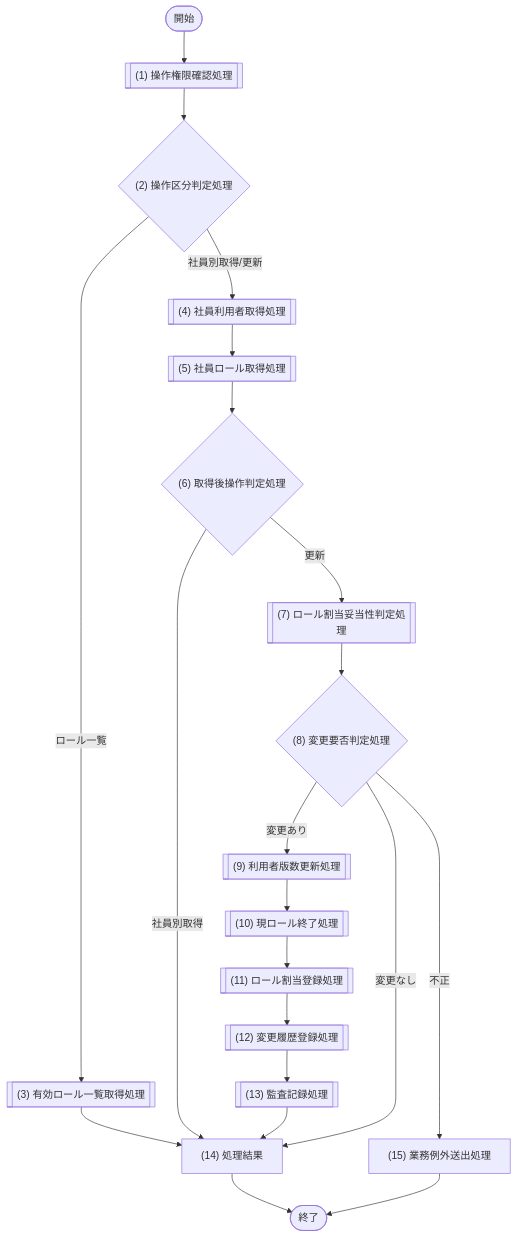
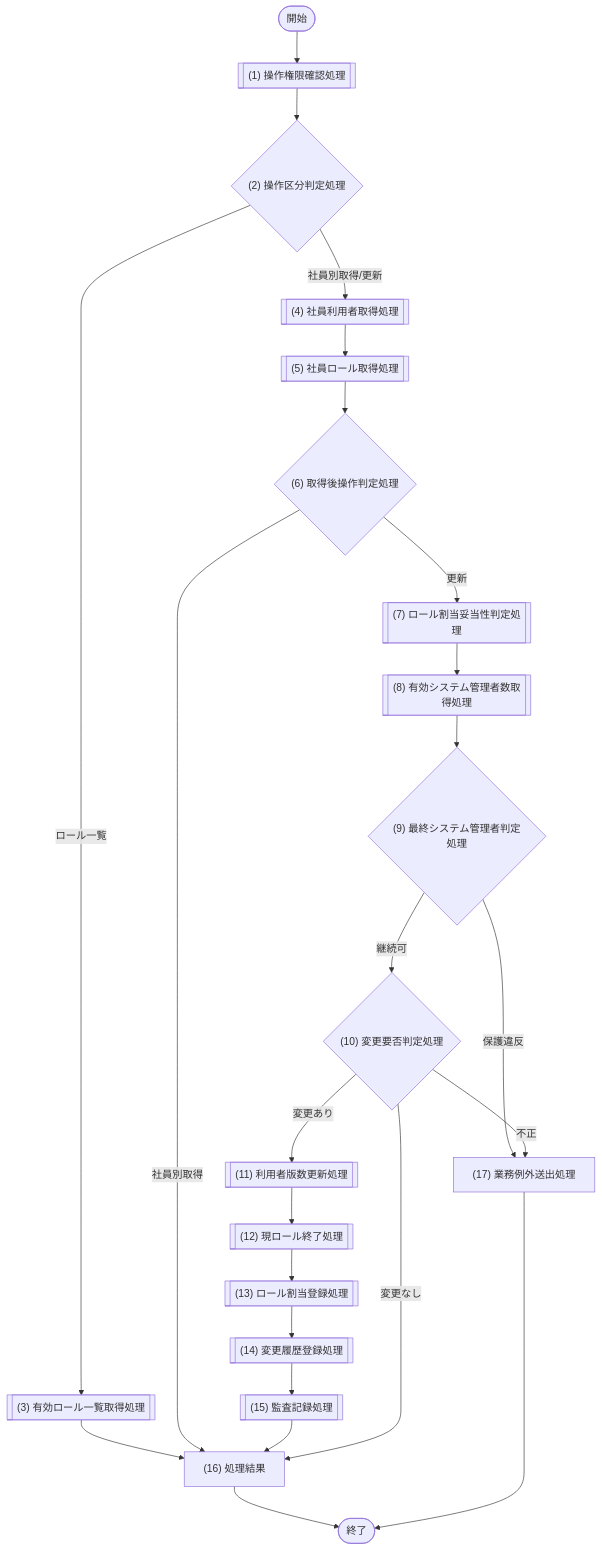
Before and after one commit to sikakou54/system-document-template: diagram 14 of 24 in 社員名簿管理システム/07_モジュール設計.md, drawn with Mermaid. The commit also changed other lines of this file and 21 other files, not shown here.

````diff
--- a/社員名簿管理システム/07_モジュール設計.md
+++ b/社員名簿管理システム/07_モジュール設計.md
@@ -680,11 +703,13 @@
 ```mermaid
 flowchart TD
   Start([開始]) --> P1[["(1) 操作権限確認処理"]] --> D0{"(2) 操作区分判定処理"}
-  D0 -- ロール一覧 --> P2[["(3) 有効ロール一覧取得処理"]] --> R["(14) 処理結果"] --> End([終了])
+  D0 -- ロール一覧 --> P2[["(3) 有効ロール一覧取得処理"]] --> R["(16) 処理結果"] --> End([終了])
   D0 -- 社員別取得/更新 --> P3[["(4) 社員利用者取得処理"]] --> P4[["(5) 社員ロール取得処理"]] --> D1{"(6) 取得後操作判定処理"}
   D1 -- 社員別取得 --> R
-  D1 -- 更新 --> P5[["(7) ロール割当妥当性判定処理"]] --> D2{"(8) 変更要否判定処理"}
-  D2 -- 変更あり --> P6[["(9) 利用者版数更新処理"]] --> P7[["(10) 現ロール終了処理"]] --> P8[["(11) ロール割当登録処理"]] --> P10[["(12) 変更履歴登録処理"]] --> P11[["(13) 監査記録処理"]] --> R
+  D1 -- 更新 --> P5[["(7) ロール割当妥当性判定処理"]] --> P12[["(8) 有効システム管理者数取得処理"]] --> D3{"(9) 最終システム管理者判定処理"}
+  D3 -- 保護違反 --> E1["(17) 業務例外送出処理"] --> End
+  D3 -- 継続可 --> D2{"(10) 変更要否判定処理"}
+  D2 -- 変更あり --> P6[["(11) 利用者版数更新処理"]] --> P7[["(12) 現ロール終了処理"]] --> P8[["(13) ロール割当登録処理"]] --> P10[["(14) 変更履歴登録処理"]] --> P11[["(15) 監査記録処理"]] --> R
   D2 -- 変更なし --> R
-  D2 -- 不正 --> E1["(15) 業務例外送出処理"] --> End
+  D2 -- 不正 --> E1
 ```
````
